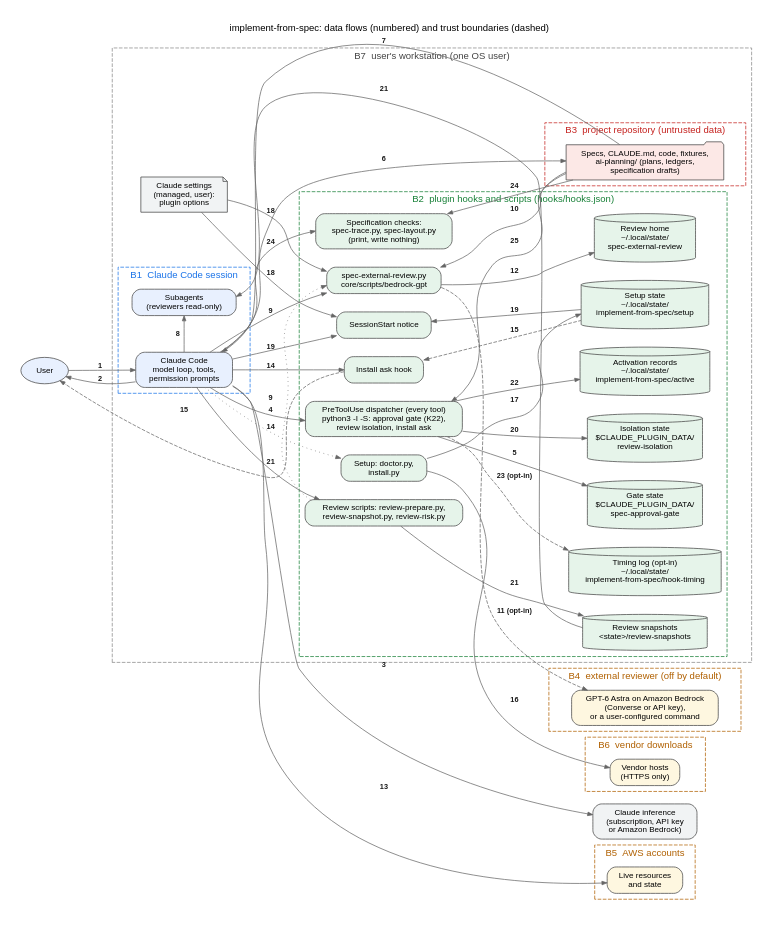
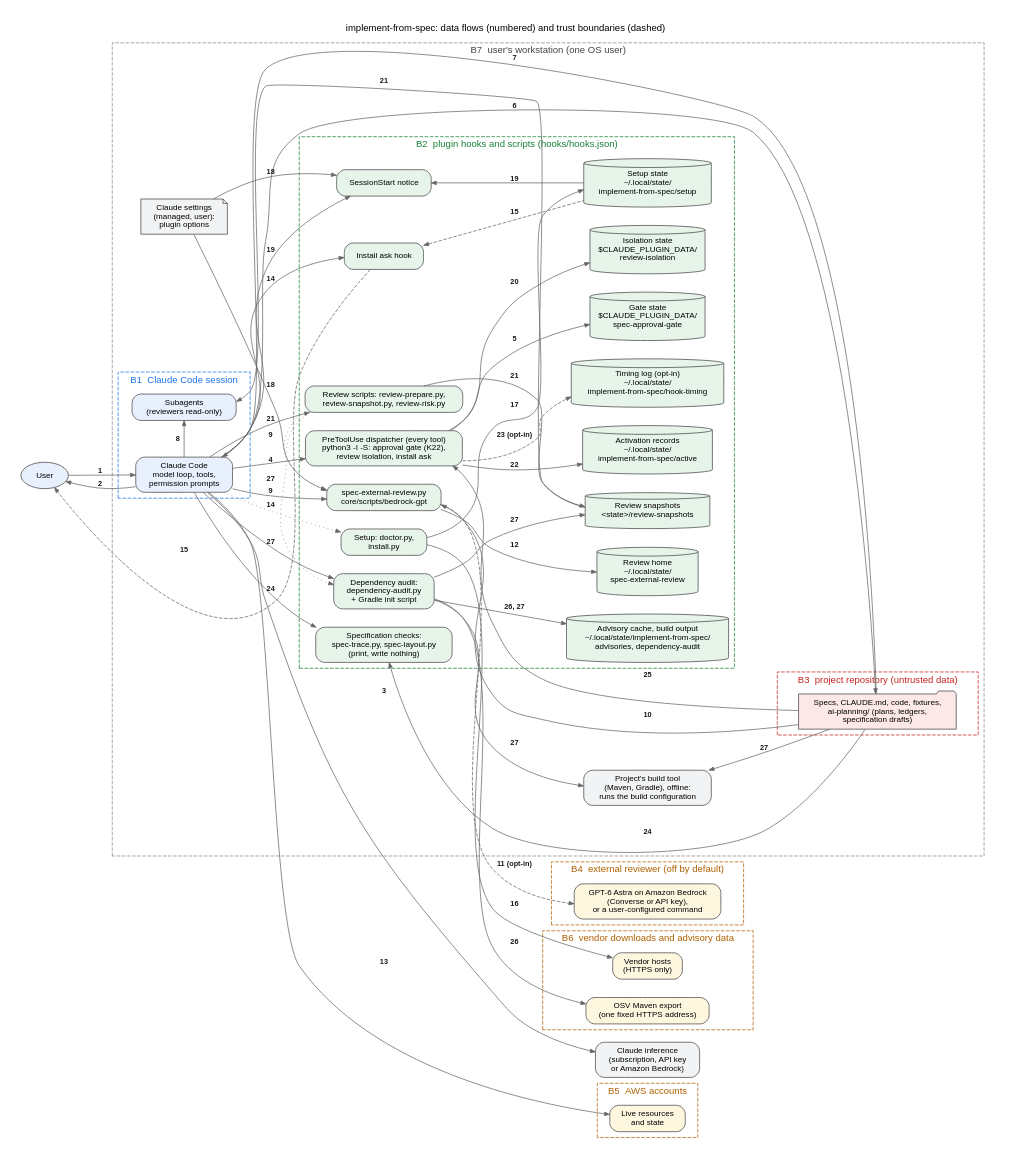
The diagram in docs/security/threat-model.dot (awslabs/implement-from-spec), drawn with Graphviz before and after one commit. The commit also changed 28 other files, not shown here.

Commit message:
implement-from-spec 0.2.0 candidate 9e1fe8c (#4)

```diff
--- a/docs/security/threat-model.dot
+++ b/docs/security/threat-model.dot
@@ -1,103 +1,114 @@
 // Data flows and trust boundaries of the implement-from-spec plugin (docs/security/threat-model.md).
 // Edge numbers are the flows of the threat model's "Data flows" list. Only what a release ships is drawn;
 // the maintainers' test harness is out of scope.
 // Render: dot -Tsvg docs/security/threat-model.dot -o docs/security/threat-model.svg
 digraph threat_model {
   graph [rankdir=LR, newrank=true, fontname="Helvetica", fontsize=13, nodesep=0.35, ranksep=1.1, pad=0.3,
          splines=true, label="implement-from-spec: data flows (numbered) and trust boundaries (dashed)",
          labelloc=t];
   node  [fontname="Helvetica", fontsize=11, shape=box, style="rounded,filled", fillcolor="#FFFFFF",
          color="#444444", margin="0.15,0.08"];
   edge  [fontname="Helvetica-Bold", fontsize=10, fontcolor="#1A1A1A", color="#666666", arrowsize=0.7];
 
   user [label="User", shape=ellipse, fillcolor="#E8F0FE"];
 
   subgraph cluster_workstation {
     label="B7  user's workstation (one OS user)"; style="dashed"; color="#888888"; fontcolor="#444444";
 
     subgraph cluster_claude {
       label="B1  Claude Code session"; style="dashed"; color="#1A73E8"; fontcolor="#1A73E8";
       claude [label="Claude Code\nmodel loop, tools,\npermission prompts", fillcolor="#E8F0FE"];
       subagents [label="Subagents\n(reviewers read-only)", fillcolor="#E8F0FE"];
     }
 
     settings [label="Claude settings\n(managed, user):\nplugin options", shape=note, fillcolor="#F1F3F4"];
+    buildtool [label="Project's build tool\n(Maven, Gradle), offline:\nruns the build configuration", fillcolor="#F1F3F4"];
 
     subgraph cluster_plugin {
       label="B2  plugin hooks and scripts (hooks/hooks.json)"; style="dashed"; color="#188038"; fontcolor="#188038";
       gate [label="PreToolUse dispatcher (every tool)\npython3 -I -S: approval gate (K22),\nreview isolation, install ask", fillcolor="#E6F4EA"];
       askhook [label="Install ask hook", fillcolor="#E6F4EA"];
       notice [label="SessionStart notice", fillcolor="#E6F4EA"];
       review [label="spec-external-review.py\ncore/scripts/bedrock-gpt", fillcolor="#E6F4EA"];
       revscripts [label="Review scripts: review-prepare.py,\nreview-snapshot.py, review-risk.py", fillcolor="#E6F4EA"];
       speccheck [label="Specification checks:\nspec-trace.py, spec-layout.py\n(print, write nothing)", fillcolor="#E6F4EA"];
       installer [label="Setup: doctor.py,\ninstall.py", fillcolor="#E6F4EA"];
+      audit [label="Dependency audit:\ndependency-audit.py\n+ Gradle init script", fillcolor="#E6F4EA"];
       gatestate [label="Gate state\n$CLAUDE_PLUGIN_DATA/\nspec-approval-gate", shape=cylinder, fillcolor="#E6F4EA"];
       isostate [label="Isolation state\n$CLAUDE_PLUGIN_DATA/\nreview-isolation", shape=cylinder, fillcolor="#E6F4EA"];
       reviewhome [label="Review home\n~/.local/state/\nspec-external-review", shape=cylinder, fillcolor="#E6F4EA"];
       setupstate [label="Setup state\n~/.local/state/\nimplement-from-spec/setup", shape=cylinder, fillcolor="#E6F4EA"];
       snapshots [label="Review snapshots\n<state>/review-snapshots", shape=cylinder, fillcolor="#E6F4EA"];
       active [label="Activation records\n~/.local/state/\nimplement-from-spec/active", shape=cylinder, fillcolor="#E6F4EA"];
       timing [label="Timing log (opt-in)\n~/.local/state/\nimplement-from-spec/hook-timing", shape=cylinder, fillcolor="#E6F4EA"];
+      auditstate [label="Advisory cache, build output\n~/.local/state/implement-from-spec/\nadvisories, dependency-audit", shape=cylinder, fillcolor="#E6F4EA"];
     }
 
     subgraph cluster_repo {
       label="B3  project repository (untrusted data)"; style="dashed"; color="#C5221F"; fontcolor="#C5221F";
       repo [label="Specs, CLAUDE.md, code, fixtures,\nai-planning/ (plans, ledgers,\nspecification drafts)", shape=folder, fillcolor="#FCE8E6"];
     }
   }
 
   inference [label="Claude inference\n(subscription, API key\nor Amazon Bedrock)", fillcolor="#F1F3F4"];
 
   subgraph cluster_reviewer {
     label="B4  external reviewer (off by default)"; style="dashed"; color="#B06000"; fontcolor="#B06000";
     reviewer [label="GPT-6 Astra on Amazon Bedrock\n(Converse or API key),\nor a user-configured command", fillcolor="#FEF7E0"];
   }
   subgraph cluster_aws {
     label="B5  AWS accounts"; style="dashed"; color="#B06000"; fontcolor="#B06000";
     aws [label="Live resources\nand state", fillcolor="#FEF7E0"];
   }
   subgraph cluster_vendors {
-    label="B6  vendor downloads"; style="dashed"; color="#B06000"; fontcolor="#B06000";
+    label="B6  vendor downloads and advisory data"; style="dashed"; color="#B06000"; fontcolor="#B06000";
     vendors [label="Vendor hosts\n(HTTPS only)", fillcolor="#FEF7E0"];
+    osv [label="OSV Maven export\n(one fixed HTTPS address)", fillcolor="#FEF7E0"];
   }
 
   { rank=same; claude; subagents; }
-  { rank=same; gate; askhook; notice; review; revscripts; speccheck; installer; }
+  { rank=same; gate; askhook; notice; review; revscripts; speccheck; installer; audit; }
   { rank=same; gatestate; reviewhome; setupstate; snapshots; }
-  { rank=same; inference; reviewer; aws; vendors; }
+  { rank=same; inference; reviewer; aws; vendors; osv; }
 
   user -> claude [label="1"];
   claude -> user [label="2"];
   claude -> inference [label="3"];
   claude -> gate [label="4"];
   gate -> gatestate [label="5"];
   claude -> repo [label="6"];
   repo -> claude [label="7"];
   claude -> subagents [label="8"];
   claude -> review [label="9"];
   review -> repo [label="10", dir=back];
   review -> reviewer [label="11 (opt-in)", style=dashed];
   review -> reviewhome [label="12"];
   claude -> aws [label="13"];
   claude -> askhook [label="14"];
   claude -> installer [label="14", style=dotted];
   askhook -> user [label="15", style=dashed, constraint=false];
   askhook -> setupstate [label="15", dir=back, style=dashed];
   installer -> vendors [label="16"];
   installer -> setupstate [label="17"];
   settings -> review [label="18"];
   settings -> notice [label="18"];
   claude -> notice [label="19"];
   notice -> setupstate [label="19", dir=back];
   gate -> isostate [label="20"];
   claude -> revscripts [label="21"];
   revscripts -> snapshots [label="21"];
   snapshots -> subagents [label="21", constraint=false];
   revscripts -> review [label="9", style=dotted];
   gate -> active [label="22"];
   gate -> timing [label="23 (opt-in)", style=dashed];
   claude -> speccheck [label="24"];
   speccheck -> repo [label="24", dir=back];
   gate -> repo [label="25", dir=back];
+  audit -> osv [label="26"];
+  audit -> auditstate [label="26, 27"];
+  revscripts -> audit [label="27", style=dotted];
+  claude -> audit [label="27"];
+  audit -> buildtool [label="27"];
+  buildtool -> repo [label="27", dir=back];
+  audit -> snapshots [label="27"];
 }
```
